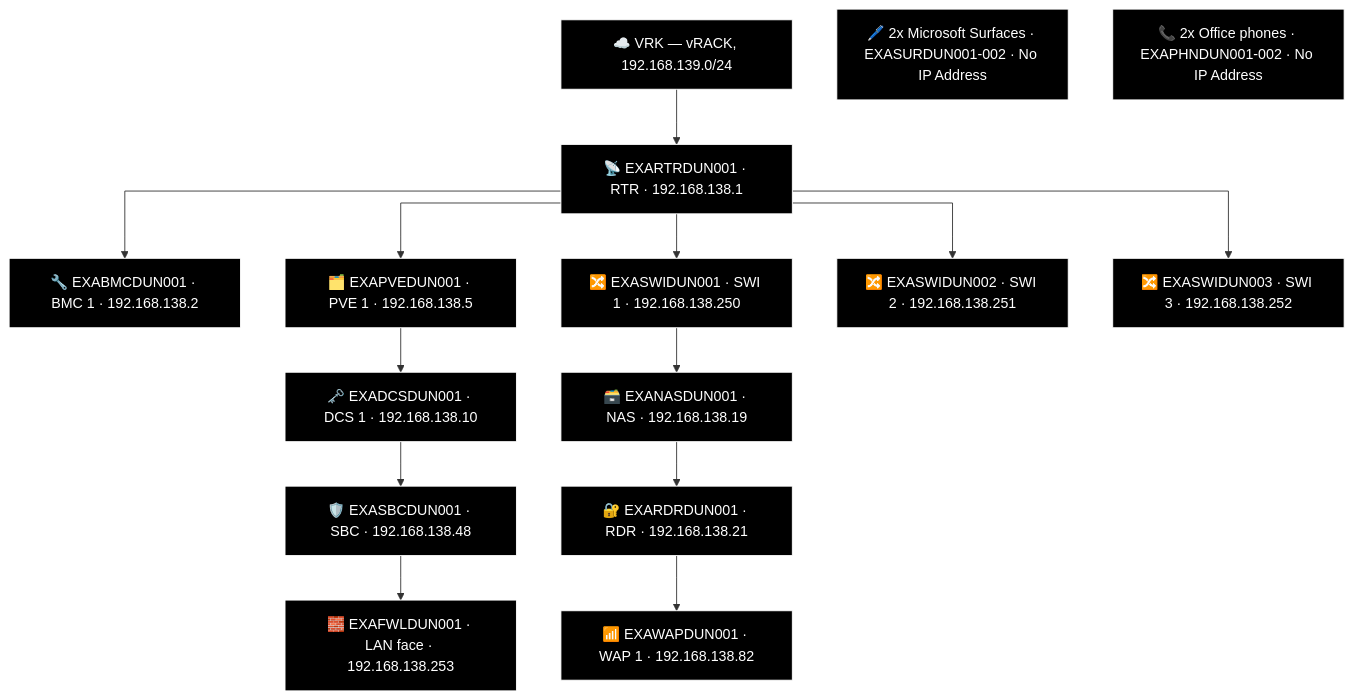
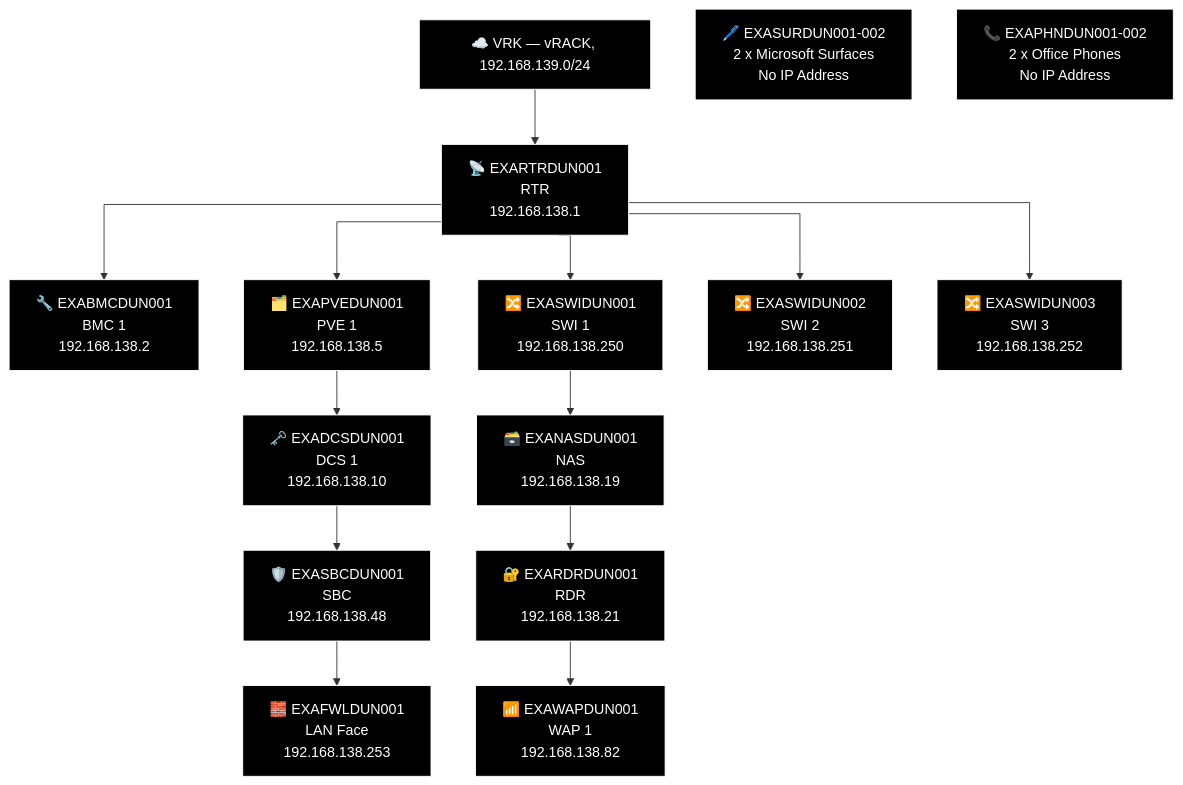
The tenth of 14 diagrams in docs/network-diagram/scotland.md (knightmare2600/example_music_infra), drawn with Mermaid before and after one commit. The commit also changed other lines of this file and 18 other files, not shown here.

````diff
--- a/docs/network-diagram/scotland.md
+++ b/docs/network-diagram/scotland.md
@@ -509,44 +509,44 @@
 ```mermaid
 %% GENERATED:TOPOLOGY:DUN:START
 %%{init: {'flowchart': {'curve': 'stepAfter'}}}%%
 graph TD
     T_VRK["☁️ VRK — vRACK, 192.168.139.0/24"]
-    T_RTR["📡 EXARTRDUN001 · RTR · 192.168.138.1"]
+    T_RTR["📡 EXARTRDUN001<br/>RTR<br/>192.168.138.1"]
     T_VRK --> T_RTR
-    T_BMC["🔧 EXABMCDUN001 · BMC 1 · 192.168.138.2"]
+    T_BMC["🔧 EXABMCDUN001<br/>BMC 1<br/>192.168.138.2"]
     T_RTR --> T_BMC
-    T_PVE["🗂️ EXAPVEDUN001 · PVE 1 · 192.168.138.5"]
+    T_PVE["🗂️ EXAPVEDUN001<br/>PVE 1<br/>192.168.138.5"]
     T_RTR --> T_PVE
-    T_SWI["🔀 EXASWIDUN001 · SWI 1 · 192.168.138.250"]
+    T_SWI["🔀 EXASWIDUN001<br/>SWI 1<br/>192.168.138.250"]
     T_RTR --> T_SWI
-    T_SWI2["🔀 EXASWIDUN002 · SWI 2 · 192.168.138.251"]
+    T_SWI2["🔀 EXASWIDUN002<br/>SWI 2<br/>192.168.138.251"]
     T_RTR --> T_SWI2
-    T_SWI3["🔀 EXASWIDUN003 · SWI 3 · 192.168.138.252"]
+    T_SWI3["🔀 EXASWIDUN003<br/>SWI 3<br/>192.168.138.252"]
     T_RTR --> T_SWI3
-    T_NAS["🗃️ EXANASDUN001 · NAS · 192.168.138.19"]
-    T_RDR["🔐 EXARDRDUN001 · RDR · 192.168.138.21"]
-    T_WAP["📶 EXAWAPDUN001 · WAP 1 · 192.168.138.82"]
+    T_NAS["🗃️ EXANASDUN001<br/>NAS<br/>192.168.138.19"]
+    T_RDR["🔐 EXARDRDUN001<br/>RDR<br/>192.168.138.21"]
+    T_WAP["📶 EXAWAPDUN001<br/>WAP 1<br/>192.168.138.82"]
     T_SWI --> T_NAS --> T_RDR --> T_WAP
-    T_DCS["🗝️ EXADCSDUN001 · DCS 1 · 192.168.138.10"]
-    T_SBC["🛡️ EXASBCDUN001 · SBC · 192.168.138.48"]
-    T_FWL["🧱 EXAFWLDUN001 · LAN face · 192.168.138.253"]
+    T_DCS["🗝️ EXADCSDUN001<br/>DCS 1<br/>192.168.138.10"]
+    T_SBC["🛡️ EXASBCDUN001<br/>SBC<br/>192.168.138.48"]
+    T_FWL["🧱 EXAFWLDUN001<br/>LAN Face<br/>192.168.138.253"]
     T_PVE --> T_DCS --> T_SBC --> T_FWL
-    T_OTH_SUR["🖊️ 2x Microsoft Surfaces · EXASURDUN001-002 · No IP Address"]
-    T_OTH_PHN["📞 2x Office phones · EXAPHNDUN001-002 · No IP Address"]
+    T_OTH_SUR["🖊️ EXASURDUN001-002<br/>2 x Microsoft Surfaces<br/>No IP Address"]
+    T_OTH_PHN["📞 EXAPHNDUN001-002<br/>2 x Office Phones<br/>No IP Address"]
     style T_VRK fill:#000000,stroke:#FFFFFF,color:#FFFFFF
     style T_RTR fill:#000000,stroke:#FFFFFF,color:#FFFFFF
     style T_BMC fill:#000000,stroke:#FFFFFF,color:#FFFFFF
     style T_PVE fill:#000000,stroke:#FFFFFF,color:#FFFFFF
     style T_SWI fill:#000000,stroke:#FFFFFF,color:#FFFFFF
     style T_SWI2 fill:#000000,stroke:#FFFFFF,color:#FFFFFF
     style T_SWI3 fill:#000000,stroke:#FFFFFF,color:#FFFFFF
     style T_NAS fill:#000000,stroke:#FFFFFF,color:#FFFFFF
     style T_RDR fill:#000000,stroke:#FFFFFF,color:#FFFFFF
     style T_WAP fill:#000000,stroke:#FFFFFF,color:#FFFFFF
     style T_DCS fill:#000000,stroke:#FFFFFF,color:#FFFFFF
     style T_SBC fill:#000000,stroke:#FFFFFF,color:#FFFFFF
     style T_FWL fill:#000000,stroke:#FFFFFF,color:#FFFFFF
     style T_OTH_SUR fill:#000000,stroke:#FFFFFF,color:#FFFFFF
     style T_OTH_PHN fill:#000000,stroke:#FFFFFF,color:#FFFFFF
 %% GENERATED:TOPOLOGY:DUN:END
 ```
````
